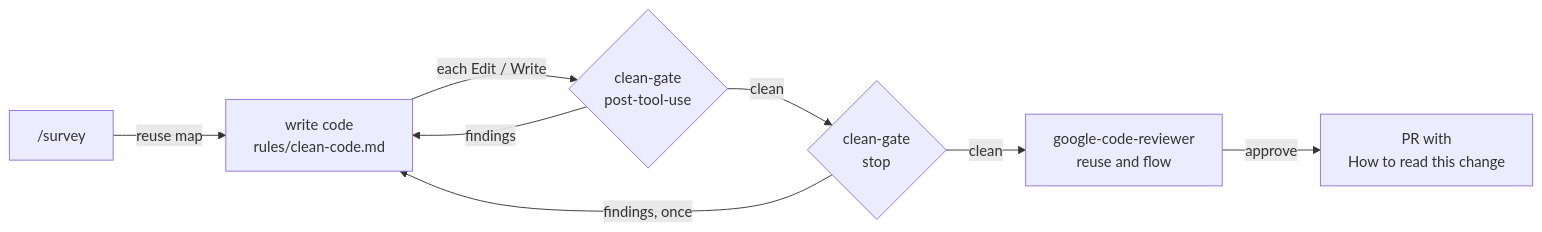
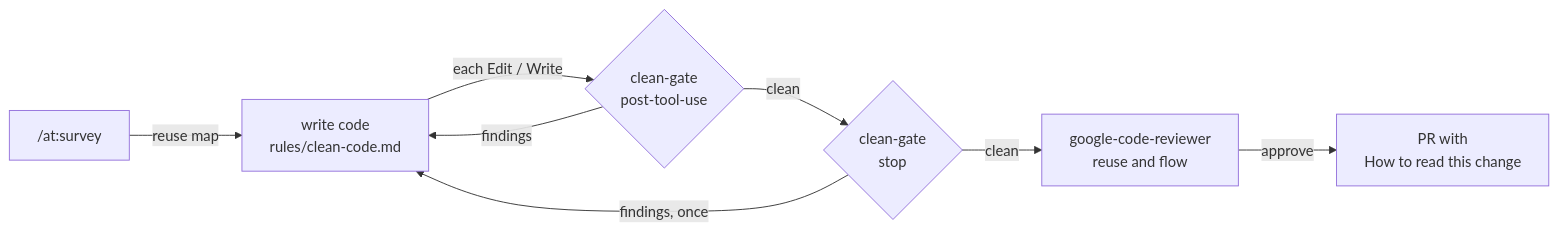
Before and after one commit to andytavares/claude: the diagram in README.md, drawn with Mermaid. The commit also changed other lines of this file and 3 other files, not shown here.

````diff
--- a/README.md
+++ b/README.md
@@ -50,10 +48,10 @@
 ```mermaid
 flowchart LR
-  A["/survey"] -->|reuse map| B["write code<br/>rules/clean-code.md"]
+  A["/at:survey"] -->|reuse map| B["write code<br/>rules/clean-code.md"]
   B -->|each Edit / Write| C{"clean-gate<br/>post-tool-use"}
   C -->|findings| B
   C -->|clean| D{"clean-gate<br/>stop"}
   D -->|findings, once| B
   D -->|clean| E["google-code-reviewer<br/>reuse and flow"]
   E -->|approve| F["PR with<br/>How to read this change"]
 ```
````
